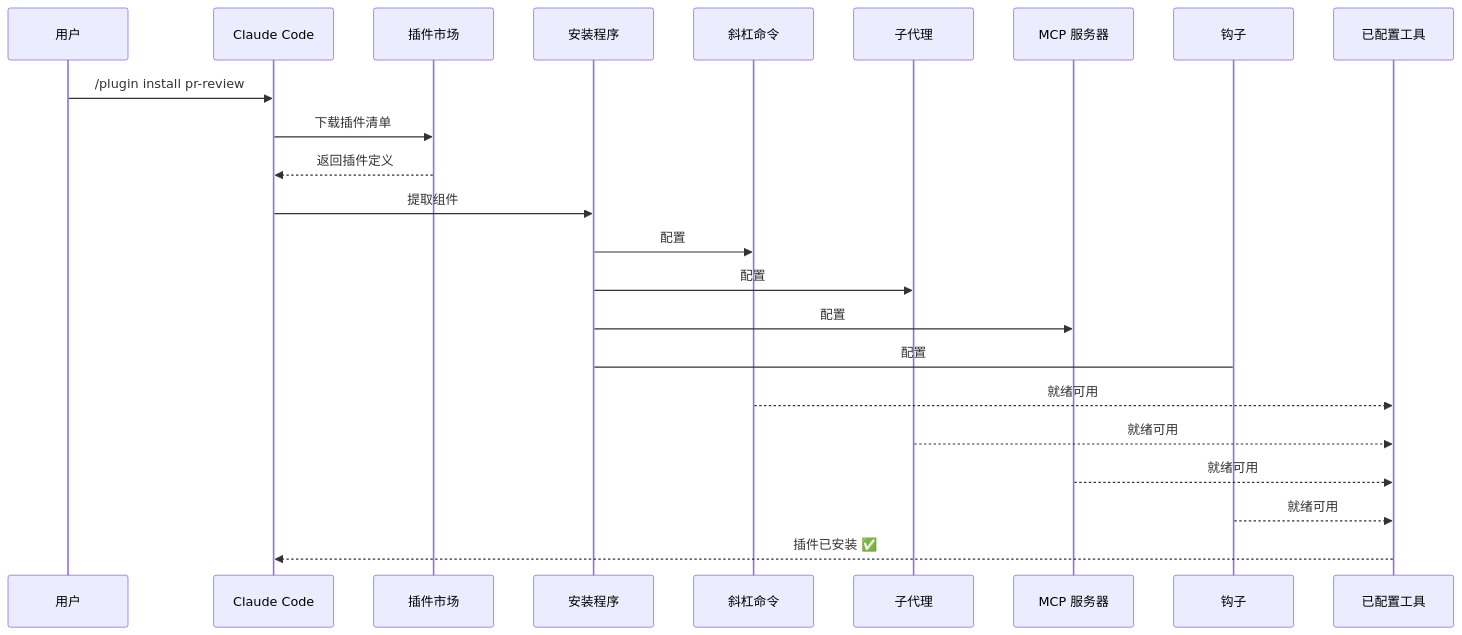
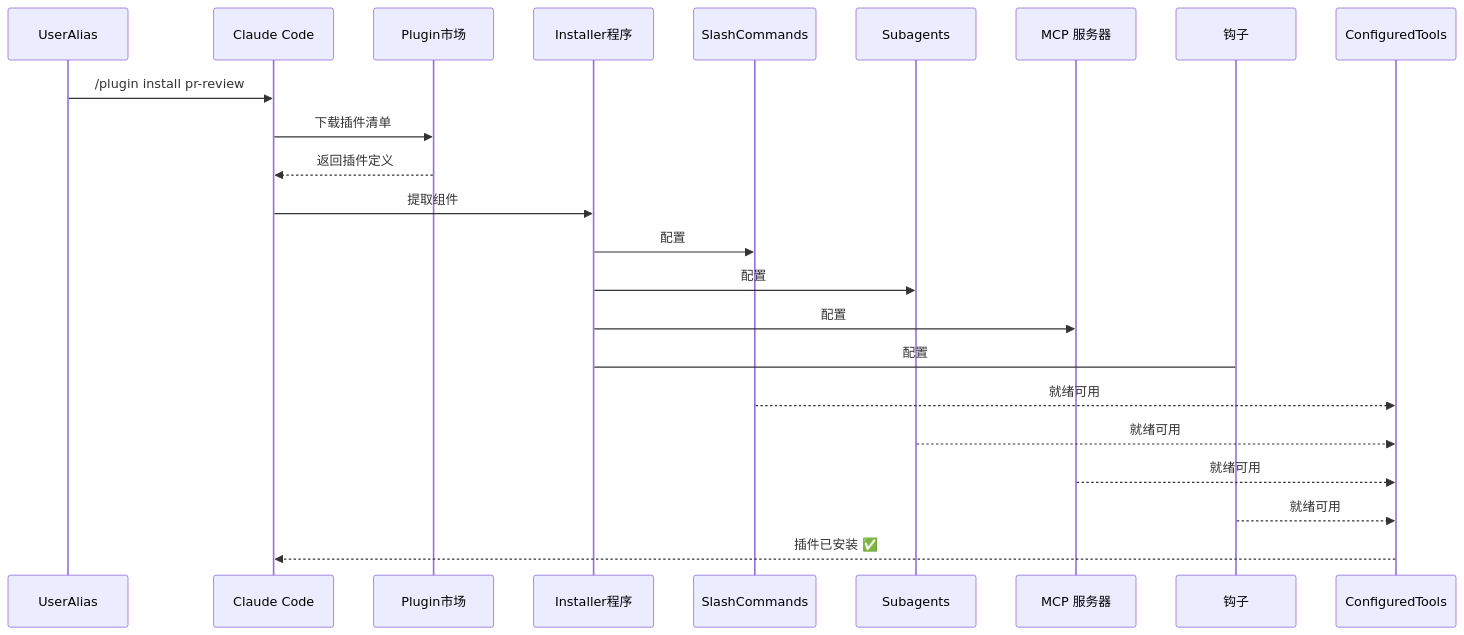
One commit to Rx782-Fss/claude-howto-zh changed the second of 5 diagrams in 07-plugins/README.md. Above: the diagram before and after it, drawn with Mermaid. The commit also changed 4 other files, not shown here.

Commit message:
fix: sequenceDiagram participant as 中文别名改为英文避免 GitHub 渲染失败

````diff
--- a/07-plugins/README.md
+++ b/07-plugins/README.md
@@ -34,26 +34,26 @@
 ```mermaid
 sequenceDiagram
-    participant User as 用户
+    participant User as UserAlias
     participant Claude as Claude Code
-    participant Plugin as 插件市场
-    participant Install as 安装程序
-    participant SlashCmds as 斜杠命令
-    participant Subagents as 子代理
+    participant Plugin as Plugin市场
+    participant Install as Installer程序
+    participant SlashCmds as SlashCommands
+    participant Subagents as Subagents
     participant MCPServers as MCP 服务器
     participant Hooks as 钩子
-    participant Tools as 已配置工具
+    participant Tools as ConfiguredTools
 
     User->>Claude: /plugin install pr-review
     Claude->>Plugin: 下载插件清单
     Plugin-->>Claude: 返回插件定义
     Claude->>Install: 提取组件
     Install->>SlashCmds: 配置
     Install->>Subagents: 配置
     Install->>MCPServers: 配置
     Install->Hooks: 配置
     SlashCmds-->>Tools: 就绪可用
     Subagents-->>Tools: 就绪可用
     MCPServers-->>Tools: 就绪可用
     Hooks-->>Tools: 就绪可用
     Tools-->>Claude: 插件已安装 ✅
 ```
````
